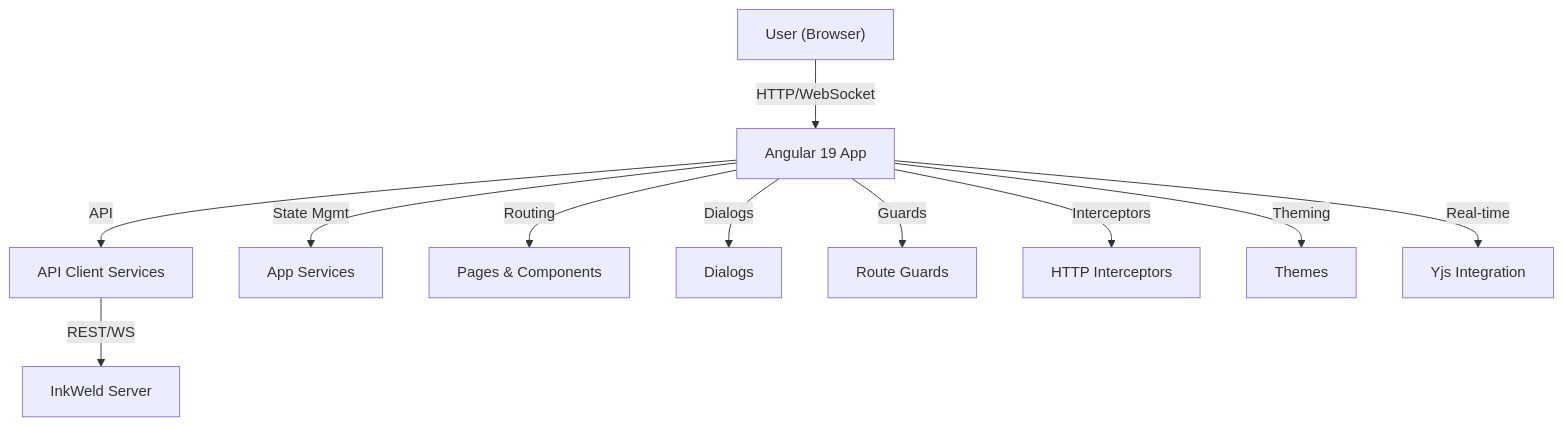
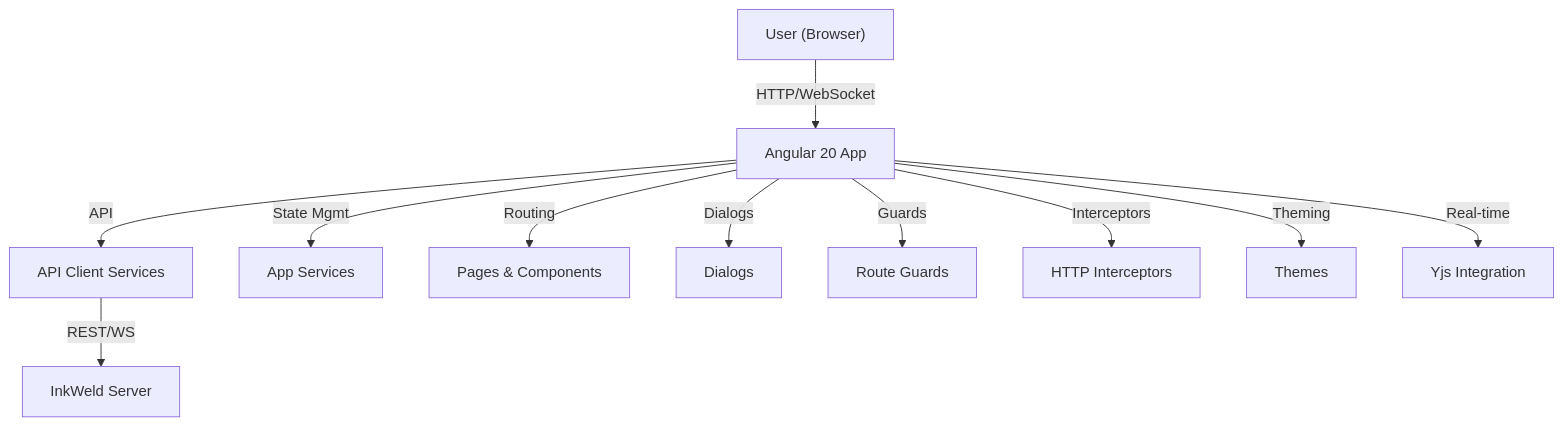
The diagram in frontend/README.md (bobbyquantum/inkweld), drawn with Mermaid before and after one commit. The commit also changed other lines of this file and 826 other files, not shown here.

````diff
--- a/frontend/README.md
+++ b/frontend/README.md
@@ -19,13 +19,13 @@
 ```mermaid
 graph TD
-    User["User (Browser)"] -->|HTTP/WebSocket| App["Angular 19 App"]
+    User["User (Browser)"] -->|HTTP/WebSocket| App["Angular 20 App"]
     App -->|API| ApiClient["API Client Services"]
     App -->|State Mgmt| Services["App Services"]
     App -->|Routing| Pages["Pages & Components"]
     App -->|Dialogs| Dialogs["Dialogs"]
     App -->|Guards| Guards["Route Guards"]
     App -->|Interceptors| Interceptors["HTTP Interceptors"]
     App -->|Theming| Themes["Themes"]
     App -->|Real-time| Yjs["Yjs Integration"]
     ApiClient -->|REST/WS| Backend["InkWeld Server"]
 ```
````
